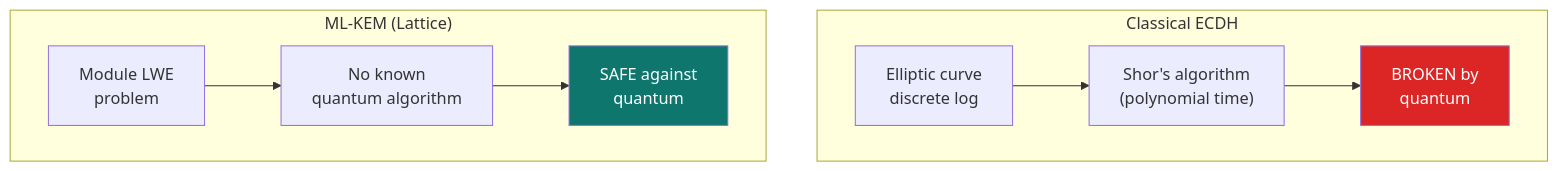
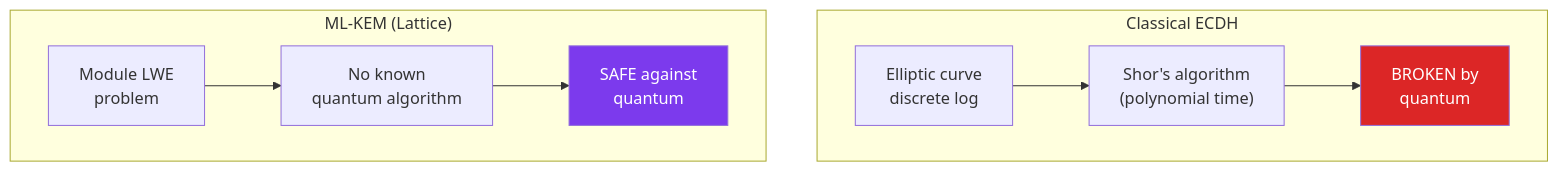
One commit to specter-privacy/docs changed the diagram in docs/deep-dive/post-quantum-explainer.mdx. Above: the diagram before and after it, drawn with Mermaid. The commit also changed other lines of this file and 81 other files, not shown here.

````diff
--- a/docs/deep-dive/post-quantum-explainer.mdx
+++ b/docs/deep-dive/post-quantum-explainer.mdx
@@ -70,15 +70,15 @@
 ```mermaid
 flowchart TD
     subgraph Classical["Classical ECDH"]
         A1["Elliptic curve\ndiscrete log"] --> B1["Shor's algorithm\n(polynomial time)"]
         B1 --> C1["BROKEN by\nquantum"]
     end
 
     subgraph PQ["ML-KEM (Lattice)"]
         A2["Module LWE\nproblem"] --> B2["No known\nquantum algorithm"]
         B2 --> C2["SAFE against\nquantum"]
     end
 
     style C1 fill:#dc2626,color:#fff
-    style C2 fill:#0F766E,color:#fff
+    style C2 fill:#7c3aed,color:#fff
 ```
````
